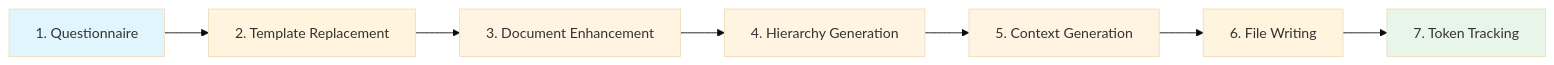
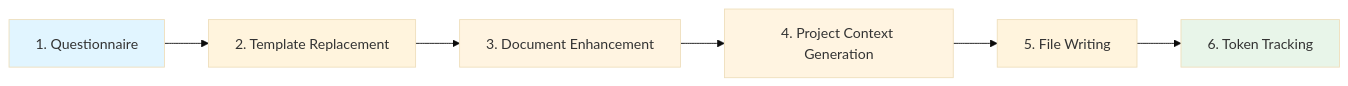
One commit to NachoColl/agilevibecoding changed the diagram in ceremonies/sponsor-call.md. Above: the diagram before and after it, drawn with Mermaid (base theme). The commit also changed other lines of this file and 16 other files, not shown here.

````diff
--- a/ceremonies/sponsor-call.md
+++ b/ceremonies/sponsor-call.md
@@ -46,15 +48,13 @@
 ```mermaid
 graph LR
     A[1. Questionnaire] --> B[2. Template Replacement]
     B --> C[3. Document Enhancement]
-    C --> D[4. Hierarchy Generation]
-    D --> E[5. Context Generation]
-    E --> F[6. File Writing]
-    F --> G[7. Token Tracking]
+    C --> D[4. Project Context Generation]
+    D --> E[5. File Writing]
+    E --> F[6. Token Tracking]
 
     style A fill:#e1f5ff
     style C fill:#fff4e1
     style D fill:#fff4e1
-    style E fill:#fff4e1
-    style G fill:#e8f5e9
+    style F fill:#e8f5e9
 ```
````
